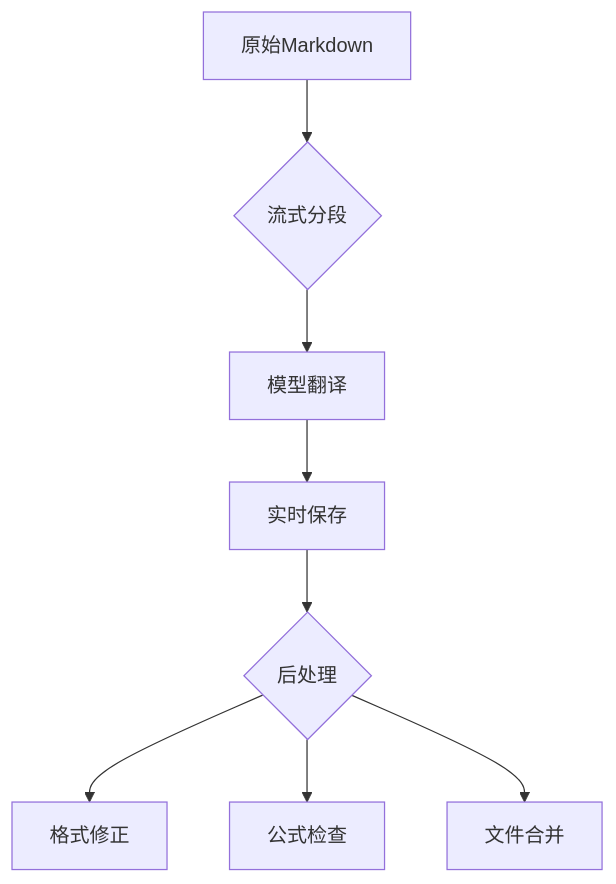
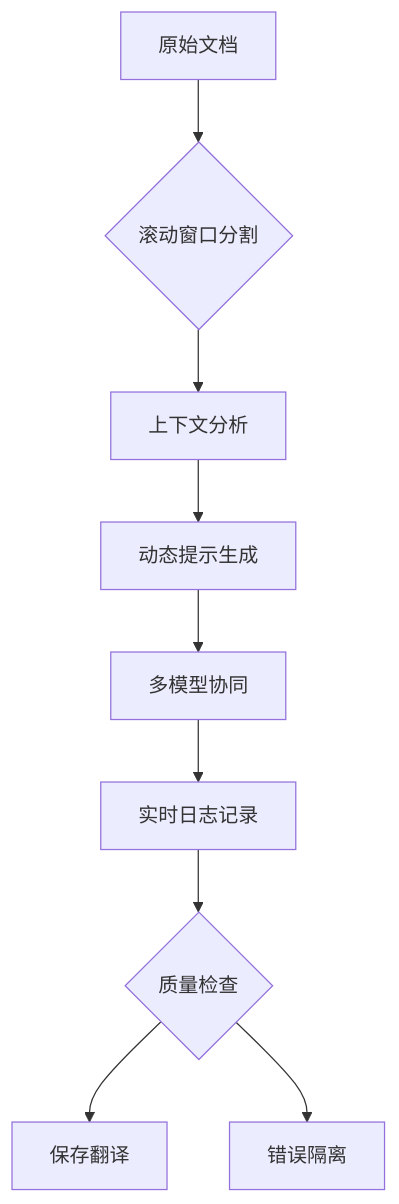
The diagram in README.md (JingkangLiu/academic-trans-ai), drawn with Mermaid before and after one commit. The commit also changed other lines of this file and 44 other files, not shown here.

````diff
--- a/README.md
+++ b/README.md
@@ -19,10 +19,11 @@
 ```mermaid
 graph TD
-    A[原始Markdown] --> B{流式分段}
-    B --> C[模型翻译]
-    C --> D[实时保存]
-    D --> E{后处理}
-    E --> F[格式修正]
-    E --> G[公式检查]
-    E --> H[文件合并]
+    A[原始文档] --> B{滚动窗口分割}
+    B --> C[上下文分析]
+    C --> D[动态提示生成]
+    D --> E[多模型协同]
+    E --> F[实时日志记录]
+    F --> G{质量检查}
+    G --> H[保存翻译]
+    G --> I[错误隔离]
 ```
````
